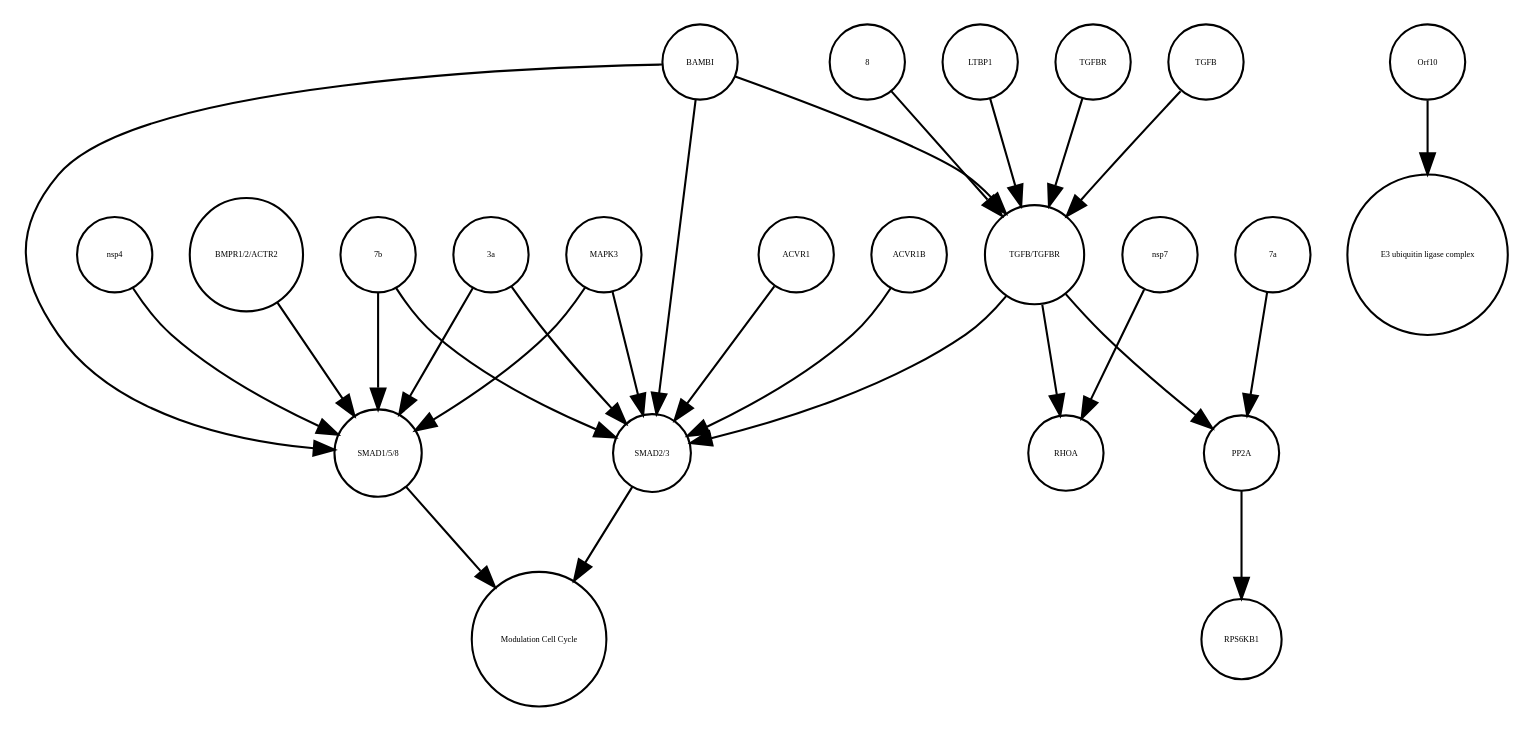
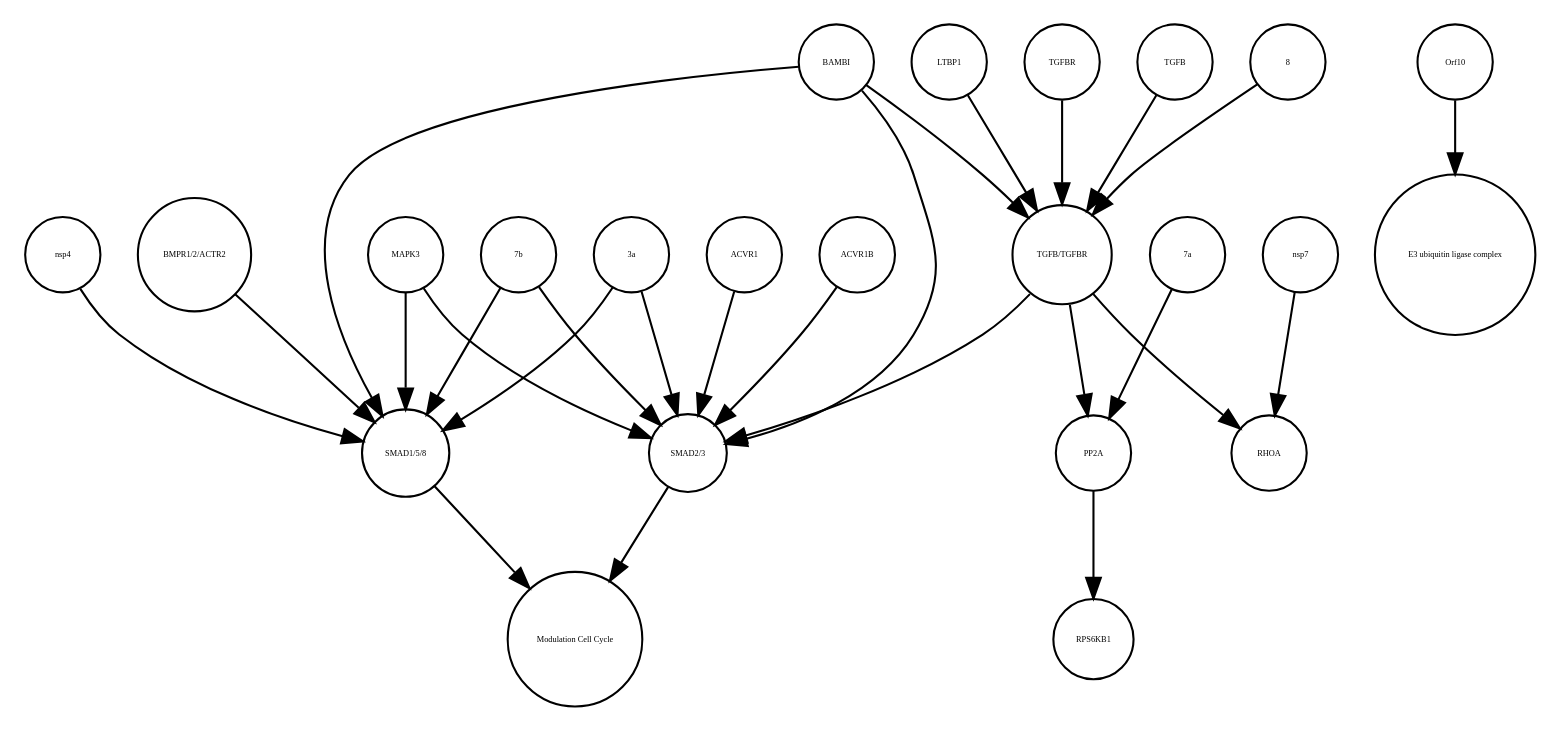
The diagram in TGFB_pathway_stable.xml_projected.dot (cannin/covid19-sbgn), drawn with Graphviz before and after one commit. The commit also changed other lines of this file and 563 other files, not shown here.

```diff
--- a/TGFB_pathway_stable.xml_projected.dot
+++ b/TGFB_pathway_stable.xml_projected.dot
@@ -1,51 +1,51 @@
 strict digraph  {
 "SMAD1/5/8" [annotation="", bipartite=0, cls=complex, fontsize=4, label="SMAD1/5/8", shape=circle];
 "Modulation Cell Cycle" [annotation="", bipartite=0, cls=phenotype, fontsize=4, label="Modulation Cell Cycle", shape=circle];
 "SMAD2/3" [annotation="", bipartite=0, cls=complex, fontsize=4, label="SMAD2/3", shape=circle];
-BAMBI [annotation="", bipartite=0, cls=macromolecule, fontsize=4, label=BAMBI, shape=circle];
-"TGFB/TGFBR" [annotation="", bipartite=0, cls=complex, fontsize=4, label="TGFB/TGFBR", shape=circle];
-LTBP1 [annotation="", bipartite=0, cls=macromolecule, fontsize=4, label=LTBP1, shape=circle];
-"7b" [annotation="", bipartite=0, cls=macromolecule, fontsize=4, label="7b", shape=circle];
+Orf10 [annotation=urn_miriam_ncbiprotein_BCD58762, bipartite=0, cls=macromolecule, fontsize=4, label=Orf10, shape=circle];
+RPS6KB1 [annotation="", bipartite=0, cls=macromolecule, fontsize=4, label=RPS6KB1, shape=circle];
 ACVR1 [annotation="", bipartite=0, cls=macromolecule, fontsize=4, label=ACVR1, shape=circle];
 nsp4 [annotation="", bipartite=0, cls=macromolecule, fontsize=4, label=nsp4, shape=circle];
+"E3 ubiquitin ligase complex" [annotation="", bipartite=0, cls=complex, fontsize=4, label="E3 ubiquitin ligase complex", shape=circle];
+MAPK3 [annotation="", bipartite=0, cls=macromolecule, fontsize=4, label=MAPK3, shape=circle];
+PP2A [annotation="", bipartite=0, cls=complex, fontsize=4, label=PP2A, shape=circle];
+TGFBR [annotation="", bipartite=0, cls=complex, fontsize=4, label=TGFBR, shape=circle];
+"TGFB/TGFBR" [annotation="", bipartite=0, cls=complex, fontsize=4, label="TGFB/TGFBR", shape=circle];
+TGFB [annotation="", bipartite=0, cls=macromolecule, fontsize=4, label=TGFB, shape=circle];
+RHOA [annotation="", bipartite=0, cls=macromolecule, fontsize=4, label=RHOA, shape=circle];
 "BMPR1/2/ACTR2" [annotation="", bipartite=0, cls=complex, fontsize=4, label="BMPR1/2/ACTR2", shape=circle];
-"E3 ubiquitin ligase complex" [annotation="", bipartite=0, cls=complex, fontsize=4, label="E3 ubiquitin ligase complex", shape=circle];
+"7b" [annotation="", bipartite=0, cls=macromolecule, fontsize=4, label="7b", shape=circle];
+8 [annotation="", bipartite=0, cls=macromolecule, fontsize=4, label=8, shape=circle];
+LTBP1 [annotation="", bipartite=0, cls=macromolecule, fontsize=4, label=LTBP1, shape=circle];
+ACVR1B [annotation="", bipartite=0, cls=macromolecule, fontsize=4, label=ACVR1B, shape=circle];
+BAMBI [annotation="", bipartite=0, cls=macromolecule, fontsize=4, label=BAMBI, shape=circle];
+nsp7 [annotation="", bipartite=0, cls=macromolecule, fontsize=4, label=nsp7, shape=circle];
 "3a" [annotation="", bipartite=0, cls=macromolecule, fontsize=4, label="3a", shape=circle];
-ACVR1B [annotation="", bipartite=0, cls=macromolecule, fontsize=4, label=ACVR1B, shape=circle];
-TGFBR [annotation="", bipartite=0, cls=complex, fontsize=4, label=TGFBR, shape=circle];
 "7a" [annotation="", bipartite=0, cls=macromolecule, fontsize=4, label="7a", shape=circle];
-RHOA [annotation="", bipartite=0, cls=macromolecule, fontsize=4, label=RHOA, shape=circle];
-PP2A [annotation="", bipartite=0, cls=complex, fontsize=4, label=PP2A, shape=circle];
-nsp7 [annotation="", bipartite=0, cls=macromolecule, fontsize=4, label=nsp7, shape=circle];
-Orf10 [annotation=urn_miriam_ncbiprotein_BCD58762, bipartite=0, cls=macromolecule, fontsize=4, label=Orf10, shape=circle];
-RPS6KB1 [annotation="", bipartite=0, cls=macromolecule, fontsize=4, label=RPS6KB1, shape=circle];
-TGFB [annotation="", bipartite=0, cls=macromolecule, fontsize=4, label=TGFB, shape=circle];
-MAPK3 [annotation="", bipartite=0, cls=macromolecule, fontsize=4, label=MAPK3, shape=circle];
-8 [annotation="", bipartite=0, cls=macromolecule, fontsize=4, label=8, shape=circle];
 "SMAD1/5/8" -> "Modulation Cell Cycle"  [annotation="", interaction_type=stimulation];
 "SMAD2/3" -> "Modulation Cell Cycle"  [annotation="", interaction_type=stimulation];
-BAMBI -> "TGFB/TGFBR"  [annotation="urn_miriam_doi_10.1101%2F2020.06.17.156455", interaction_type=inhibition];
-BAMBI -> "SMAD1/5/8"  [annotation="urn_miriam_doi_10.1101%2F2020.06.17.156455", interaction_type=inhibition];
-BAMBI -> "SMAD2/3"  [annotation="urn_miriam_doi_10.1101%2F2020.06.17.156455", interaction_type=inhibition];
+Orf10 -> "E3 ubiquitin ligase complex"  [annotation="", interaction_type=production];
+ACVR1 -> "SMAD2/3"  [annotation="urn_miriam_doi_10.1101%2F2020.06.17.156455", interaction_type=catalysis];
+nsp4 -> "SMAD1/5/8"  [annotation="urn_miriam_doi_10.1101%2F2020.06.17.156455", interaction_type=stimulation];
+MAPK3 -> "SMAD1/5/8"  [annotation="urn_miriam_doi_10.1101%2F2020.06.17.156455", interaction_type=inhibition];
+MAPK3 -> "SMAD2/3"  [annotation="urn_miriam_doi_10.1101%2F2020.06.17.156455", interaction_type=inhibition];
+PP2A -> RPS6KB1  [annotation="", interaction_type=catalysis];
+TGFBR -> "TGFB/TGFBR"  [annotation="", interaction_type=production];
+"TGFB/TGFBR" -> RHOA  [annotation="urn_miriam_doi_10.1101%2F2020.06.17.156455", interaction_type=stimulation];
 "TGFB/TGFBR" -> PP2A  [annotation="urn_miriam_doi_10.1101%2F2020.03.31.019216", interaction_type=stimulation];
-"TGFB/TGFBR" -> RHOA  [annotation="urn_miriam_doi_10.1101%2F2020.06.17.156455", interaction_type=stimulation];
 "TGFB/TGFBR" -> "SMAD2/3"  [annotation="urn_miriam_doi_10.1101%2F2020.06.17.156455", interaction_type=stimulation];
-LTBP1 -> "TGFB/TGFBR"  [annotation="urn_miriam_doi_10.1101%2F2020.06.17.156455", interaction_type=inhibition];
+TGFB -> "TGFB/TGFBR"  [annotation="", interaction_type=production];
+"BMPR1/2/ACTR2" -> "SMAD1/5/8"  [annotation="urn_miriam_doi_10.1101%2F2020.06.17.156455", interaction_type=catalysis];
 "7b" -> "SMAD1/5/8"  [annotation="urn_miriam_doi_10.1101%2F2020.06.17.156455", interaction_type=stimulation];
 "7b" -> "SMAD2/3"  [annotation="urn_miriam_doi_10.1101%2F2020.06.17.156455", interaction_type=stimulation];
-ACVR1 -> "SMAD2/3"  [annotation="urn_miriam_doi_10.1101%2F2020.06.17.156455", interaction_type=catalysis];
-nsp4 -> "SMAD1/5/8"  [annotation="urn_miriam_doi_10.1101%2F2020.06.17.156455", interaction_type=stimulation];
-"BMPR1/2/ACTR2" -> "SMAD1/5/8"  [annotation="urn_miriam_doi_10.1101%2F2020.06.17.156455", interaction_type=catalysis];
+8 -> "TGFB/TGFBR"  [annotation="urn_miriam_doi_10.1101%2F2020.06.17.156455", interaction_type=stimulation];
+LTBP1 -> "TGFB/TGFBR"  [annotation="urn_miriam_doi_10.1101%2F2020.06.17.156455", interaction_type=inhibition];
+ACVR1B -> "SMAD2/3"  [annotation="urn_miriam_doi_10.1101%2F2020.06.17.156455", interaction_type=catalysis];
+BAMBI -> "SMAD1/5/8"  [annotation="urn_miriam_doi_10.1101%2F2020.06.17.156455", interaction_type=inhibition];
+BAMBI -> "TGFB/TGFBR"  [annotation="urn_miriam_doi_10.1101%2F2020.06.17.156455", interaction_type=inhibition];
+BAMBI -> "SMAD2/3"  [annotation="urn_miriam_doi_10.1101%2F2020.06.17.156455", interaction_type=inhibition];
+nsp7 -> RHOA  [annotation="urn_miriam_doi_10.1101%2F2020.06.17.156455", interaction_type=stimulation];
 "3a" -> "SMAD1/5/8"  [annotation="urn_miriam_doi_10.1101%2F2020.06.17.156455", interaction_type=stimulation];
 "3a" -> "SMAD2/3"  [annotation="urn_miriam_doi_10.1101%2F2020.06.17.156455", interaction_type=stimulation];
-ACVR1B -> "SMAD2/3"  [annotation="urn_miriam_doi_10.1101%2F2020.06.17.156455", interaction_type=catalysis];
-TGFBR -> "TGFB/TGFBR"  [annotation="", interaction_type=production];
 "7a" -> PP2A  [annotation="urn_miriam_doi_10.1101%2F2020.03.31.019216", interaction_type=stimulation];
-PP2A -> RPS6KB1  [annotation="", interaction_type=catalysis];
-nsp7 -> RHOA  [annotation="urn_miriam_doi_10.1101%2F2020.06.17.156455", interaction_type=stimulation];
-Orf10 -> "E3 ubiquitin ligase complex"  [annotation="", interaction_type=production];
-TGFB -> "TGFB/TGFBR"  [annotation="", interaction_type=production];
-MAPK3 -> "SMAD1/5/8"  [annotation="urn_miriam_doi_10.1101%2F2020.06.17.156455", interaction_type=inhibition];
-MAPK3 -> "SMAD2/3"  [annotation="urn_miriam_doi_10.1101%2F2020.06.17.156455", interaction_type=inhibition];
-8 -> "TGFB/TGFBR"  [annotation="urn_miriam_doi_10.1101%2F2020.06.17.156455", interaction_type=stimulation];
 }
```
